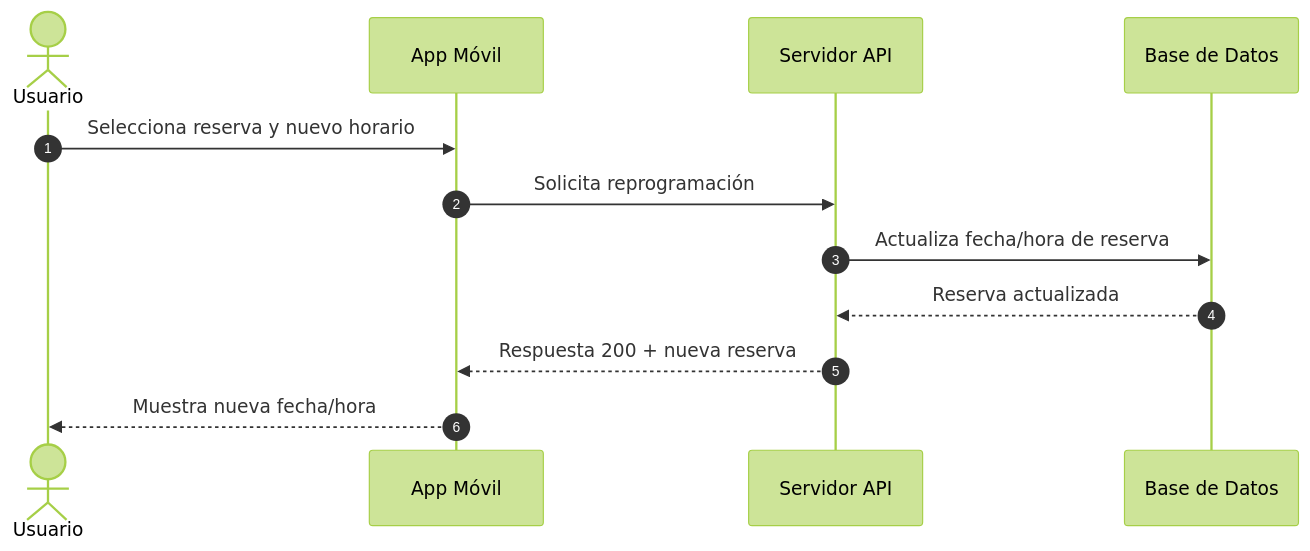
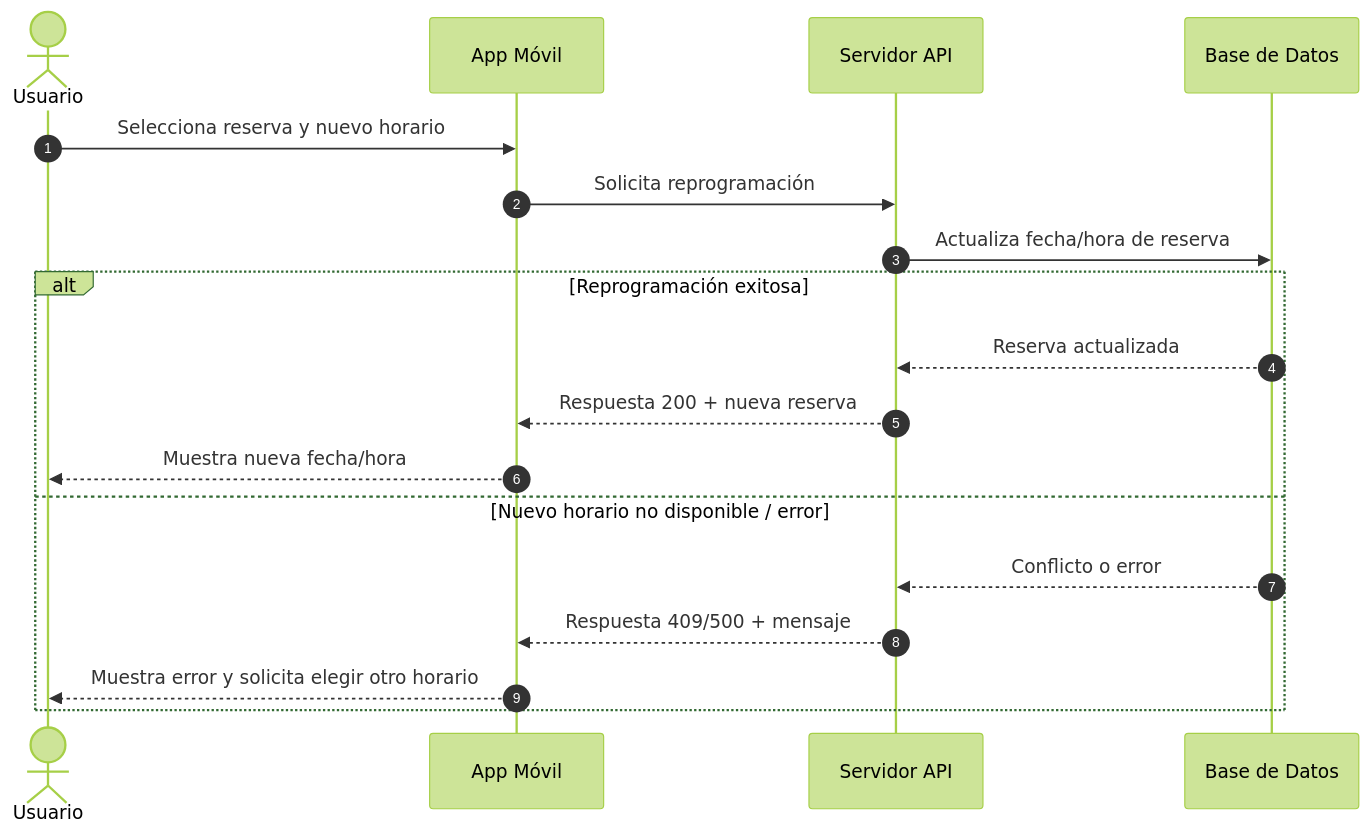
The seventh of 12 diagrams in docs/SEQUENCE_DIAGRAMS.md (asobrados03/HumanPerformApp), drawn with Mermaid (forest theme) before and after one commit. The commit also changed other lines of this file, not shown here.

Commit message:
docs: agrega unhappy paths en diagramas de secuencia

````diff
--- a/docs/SEQUENCE_DIAGRAMS.md
+++ b/docs/SEQUENCE_DIAGRAMS.md
@@ -117,15 +153,21 @@
 ```mermaid
 sequenceDiagram
     autonumber
     actor U as Usuario
     participant APP as App Móvil
     participant API as Servidor API
     participant DB as Base de Datos
 
     U->>APP: Selecciona reserva y nuevo horario
     APP->>API: Solicita reprogramación
     API->>DB: Actualiza fecha/hora de reserva
-    DB-->>API: Reserva actualizada
-    API-->>APP: Respuesta 200 + nueva reserva
-    APP-->>U: Muestra nueva fecha/hora
+    alt Reprogramación exitosa
+        DB-->>API: Reserva actualizada
+        API-->>APP: Respuesta 200 + nueva reserva
+        APP-->>U: Muestra nueva fecha/hora
+    else Nuevo horario no disponible / error
+        DB-->>API: Conflicto o error
+        API-->>APP: Respuesta 409/500 + mensaje
+        APP-->>U: Muestra error y solicita elegir otro horario
+    end
 ```
````
